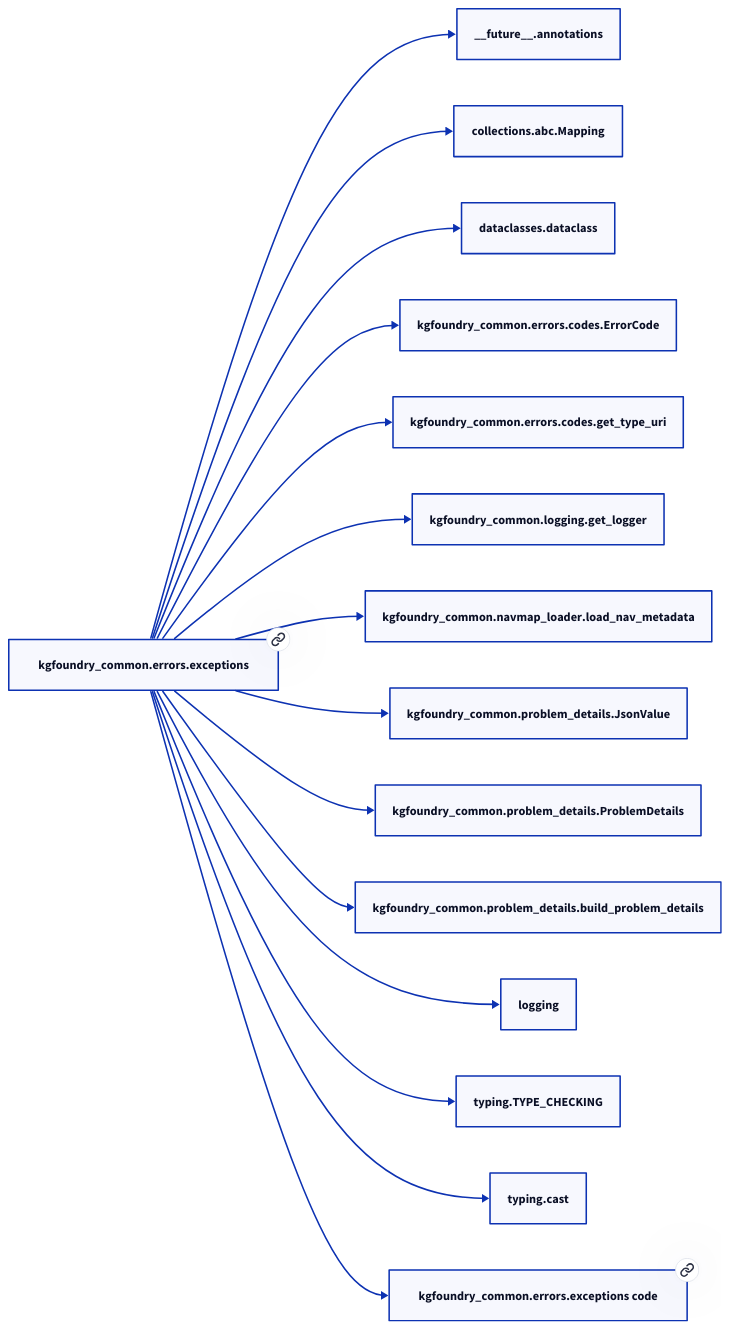
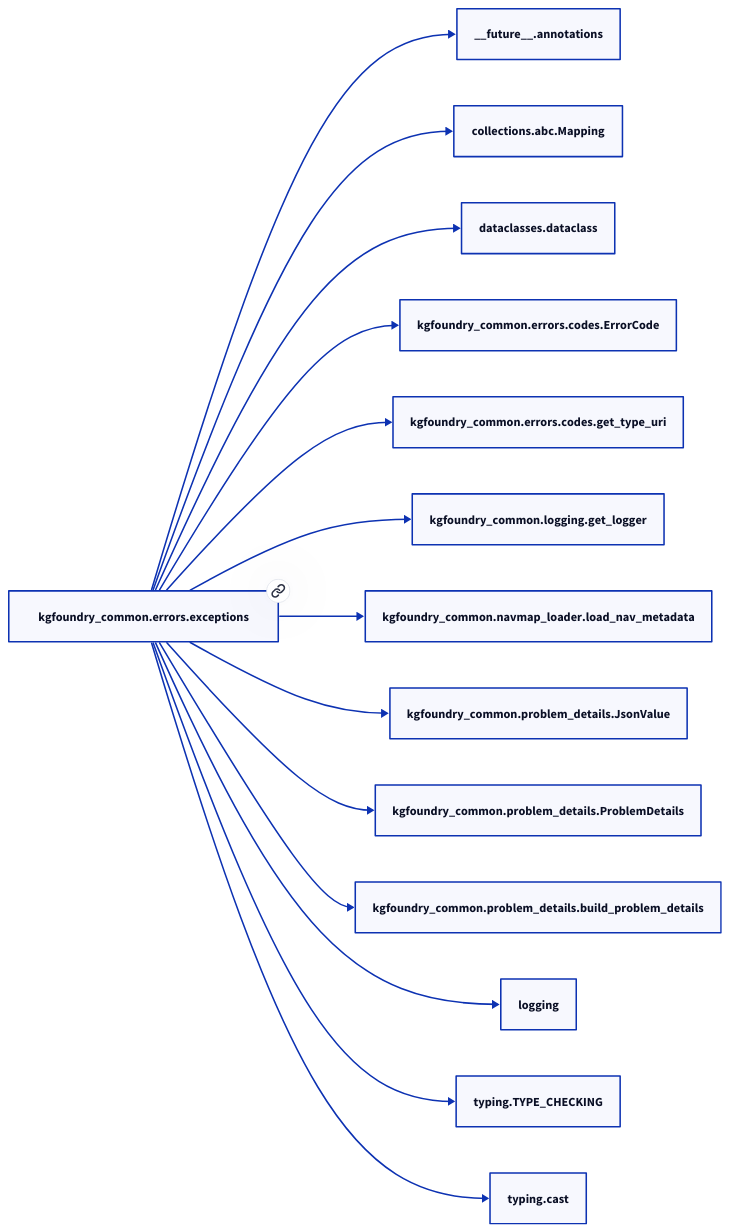
The second of 2 diagrams in docs/modules/kgfoundry_common/errors/exceptions.md (paul-heyse/kgforge), drawn with D2 before and after one commit. The commit also changed other lines of this file and 118 other files, not shown here.

````diff
--- a/docs/modules/kgfoundry_common/errors/exceptions.md
+++ b/docs/modules/kgfoundry_common/errors/exceptions.md
@@ -275,32 +273,30 @@
 ```d2
 direction: right
-"kgfoundry_common.errors.exceptions": "kgfoundry_common.errors.exceptions" { link: "./kgfoundry_common/errors/exceptions.md" }
+"kgfoundry_common.errors.exceptions": "kgfoundry_common.errors.exceptions" { link: "exceptions.md" }
 "__future__.annotations": "__future__.annotations"
 "kgfoundry_common.errors.exceptions" -> "__future__.annotations"
 "collections.abc.Mapping": "collections.abc.Mapping"
 "kgfoundry_common.errors.exceptions" -> "collections.abc.Mapping"
 "dataclasses.dataclass": "dataclasses.dataclass"
 "kgfoundry_common.errors.exceptions" -> "dataclasses.dataclass"
 "kgfoundry_common.errors.codes.ErrorCode": "kgfoundry_common.errors.codes.ErrorCode"
 "kgfoundry_common.errors.exceptions" -> "kgfoundry_common.errors.codes.ErrorCode"
 "kgfoundry_common.errors.codes.get_type_uri": "kgfoundry_common.errors.codes.get_type_uri"
 "kgfoundry_common.errors.exceptions" -> "kgfoundry_common.errors.codes.get_type_uri"
 "kgfoundry_common.logging.get_logger": "kgfoundry_common.logging.get_logger"
 "kgfoundry_common.errors.exceptions" -> "kgfoundry_common.logging.get_logger"
 "kgfoundry_common.navmap_loader.load_nav_metadata": "kgfoundry_common.navmap_loader.load_nav_metadata"
 "kgfoundry_common.errors.exceptions" -> "kgfoundry_common.navmap_loader.load_nav_metadata"
 "kgfoundry_common.problem_details.JsonValue": "kgfoundry_common.problem_details.JsonValue"
 "kgfoundry_common.errors.exceptions" -> "kgfoundry_common.problem_details.JsonValue"
 "kgfoundry_common.problem_details.ProblemDetails": "kgfoundry_common.problem_details.ProblemDetails"
 "kgfoundry_common.errors.exceptions" -> "kgfoundry_common.problem_details.ProblemDetails"
 "kgfoundry_common.problem_details.build_problem_details": "kgfoundry_common.problem_details.build_problem_details"
 "kgfoundry_common.errors.exceptions" -> "kgfoundry_common.problem_details.build_problem_details"
 "logging": "logging"
 "kgfoundry_common.errors.exceptions" -> "logging"
 "typing.TYPE_CHECKING": "typing.TYPE_CHECKING"
 "kgfoundry_common.errors.exceptions" -> "typing.TYPE_CHECKING"
 "typing.cast": "typing.cast"
 "kgfoundry_common.errors.exceptions" -> "typing.cast"
-"kgfoundry_common.errors.exceptions_code": "kgfoundry_common.errors.exceptions code" { link: "https://github.com/kgfoundry/kgfoundry/blob/main/src/kgfoundry_common/errors/exceptions.py" }
-"kgfoundry_common.errors.exceptions" -> "kgfoundry_common.errors.exceptions_code" { style: dashed }
 ```
````
